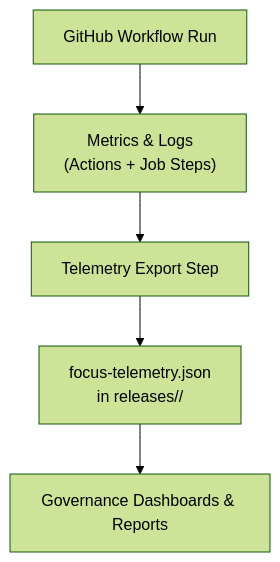
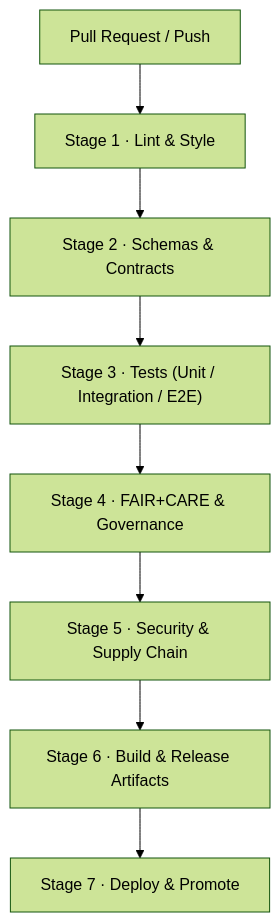
One commit to bartytime4life/Kansas-Frontier-Matrix changed the second of 2 diagrams in .github/ARCHITECTURE.md. Above: the diagram before and after it, drawn with Mermaid (forest theme). The commit also changed other lines of this file, not shown here.

````diff
--- a/.github/ARCHITECTURE.md
+++ b/.github/ARCHITECTURE.md
@@ -279,7 +198,10 @@
 ```mermaid
-flowchart TB
-  A["GitHub Workflow Run"] --> B["Metrics & Logs<br/>(Actions + Job Steps)"]
-  B --> C["Telemetry Export Step"]
-  C --> D["focus-telemetry.json<br/>in releases/<version>/"]
-  D --> E["Governance Dashboards & Reports"]
+flowchart TD
+  A["Pull Request / Push"] --> B["Stage 1 · Lint & Style"]
+  B --> C["Stage 2 · Schemas & Contracts"]
+  C --> D["Stage 3 · Tests (Unit / Integration / E2E)"]
+  D --> E["Stage 4 · FAIR+CARE & Governance"]
+  E --> F["Stage 5 · Security & Supply Chain"]
+  F --> G["Stage 6 · Build & Release Artifacts"]
+  G --> H["Stage 7 · Deploy & Promote"]
 ```
````
